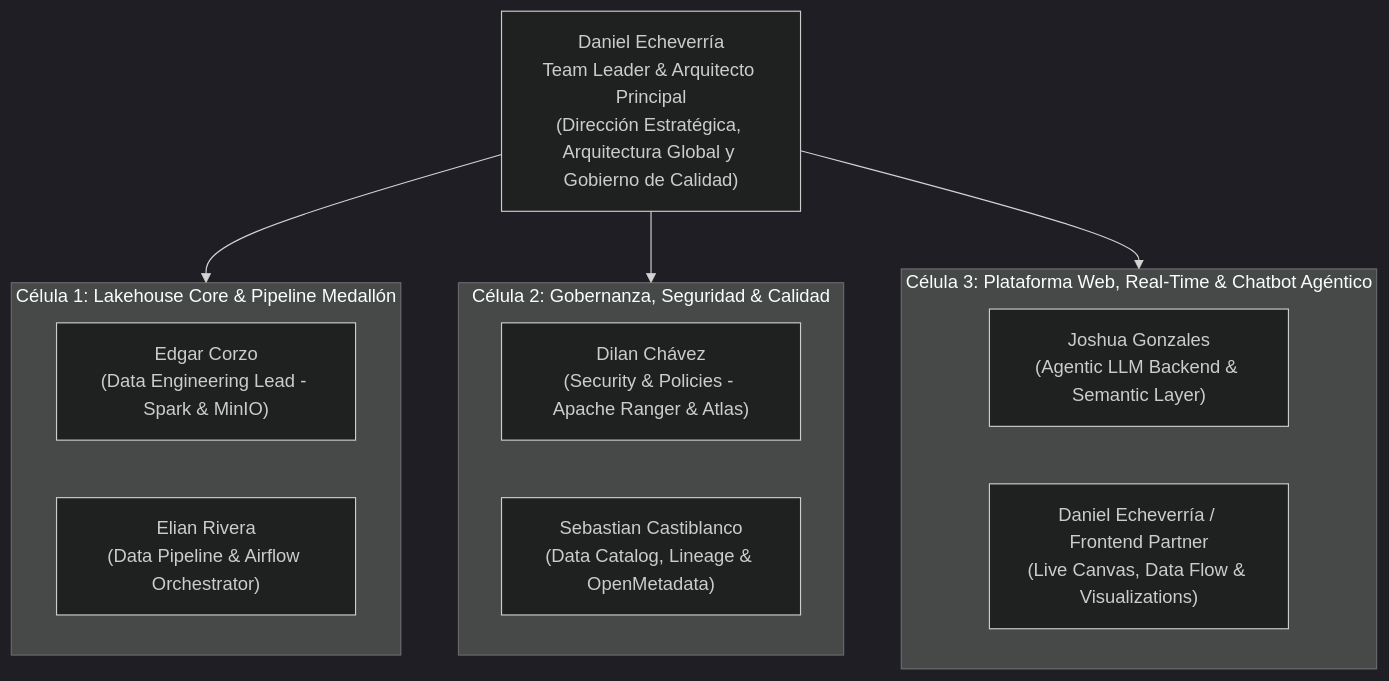
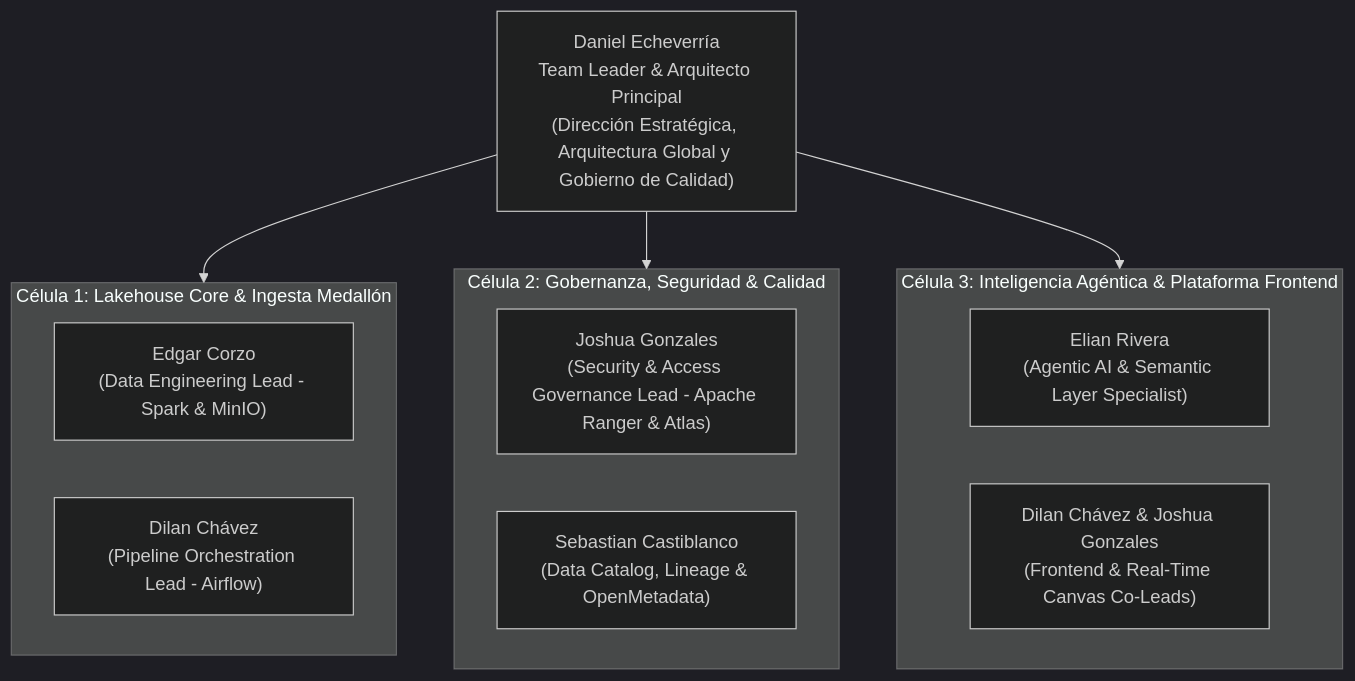
One commit to Dan18eP/Midas changed the fourth of 5 diagrams in documentation/01_master_architecture_and_project_plan.md. Above: the diagram before and after it, drawn with Mermaid (dark theme). The commit also changed other lines of this file and 1 other file, not shown here.

Commit message:
feat: name project Midas and finalize team cells and architecture blueprint

````diff
--- a/documentation/01_master_architecture_and_project_plan.md
+++ b/documentation/01_master_architecture_and_project_plan.md
@@ -216,23 +216,23 @@
 ```mermaid
 flowchart TD
     DE["Daniel Echeverría\nTeam Leader & Arquitecto Principal\n(Dirección Estratégica, Arquitectura Global y Gobierno de Calidad)"]
 
-    subgraph CELL1["Célula 1: Lakehouse Core & Pipeline Medallón"]
+    subgraph CELL1["Célula 1: Lakehouse Core & Ingesta Medallón"]
         DEV1["Edgar Corzo\n(Data Engineering Lead - Spark & MinIO)"]
-        DEV2["Elian Rivera\n(Data Pipeline & Airflow Orchestrator)"]
+        DEV2["Dilan Chávez\n(Pipeline Orchestration Lead - Airflow)"]
     end
 
     subgraph CELL2["Célula 2: Gobernanza, Seguridad & Calidad"]
-        DEV3["Dilan Chávez\n(Security & Policies - Apache Ranger & Atlas)"]
+        DEV3["Joshua Gonzales\n(Security & Access Governance Lead - Apache Ranger & Atlas)"]
         DEV4["Sebastian Castiblanco\n(Data Catalog, Lineage & OpenMetadata)"]
     end
 
-    subgraph CELL3["Célula 3: Plataforma Web, Real-Time & Chatbot Agéntico"]
-        DEV5["Joshua Gonzales\n(Agentic LLM Backend & Semantic Layer)"]
-        DEV6["Daniel Echeverría / Frontend Partner\n(Live Canvas, Data Flow & Visualizations)"]
+    subgraph CELL3["Célula 3: Inteligencia Agéntica & Plataforma Frontend"]
+        DEV5["Elian Rivera\n(Agentic AI & Semantic Layer Specialist)"]
+        DEV6["Dilan Chávez & Joshua Gonzales\n(Frontend & Real-Time Canvas Co-Leads)"]
     end
 
     DE --> CELL1
     DE --> CELL2
     DE --> CELL3
 ```
````
